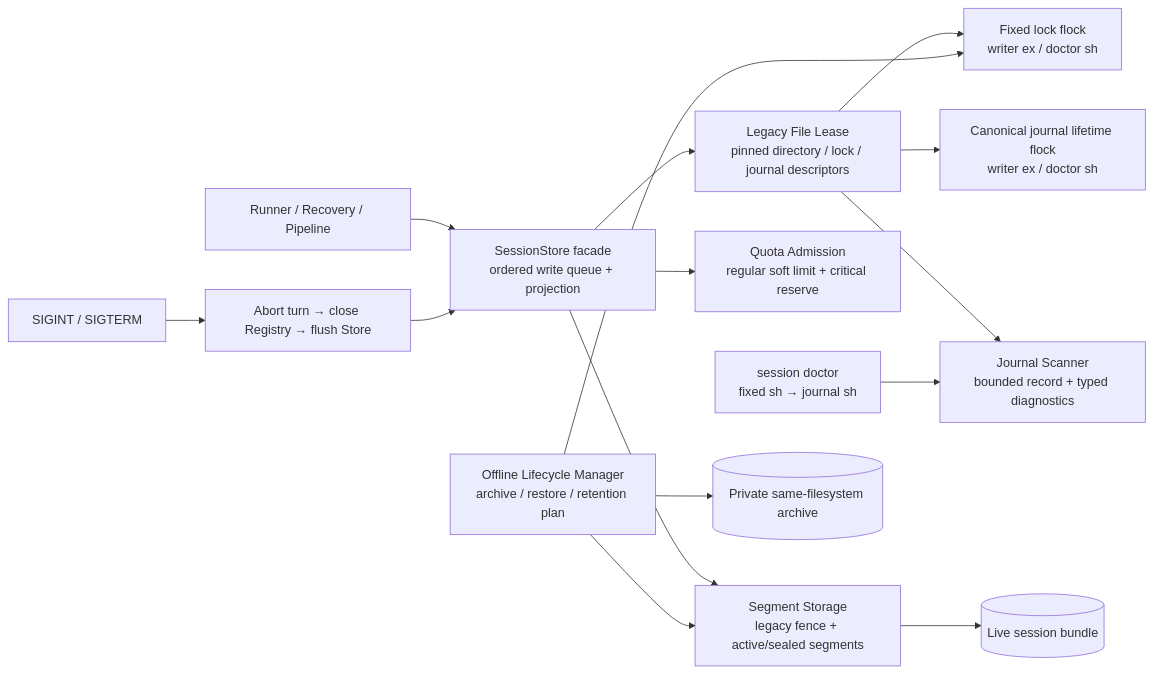
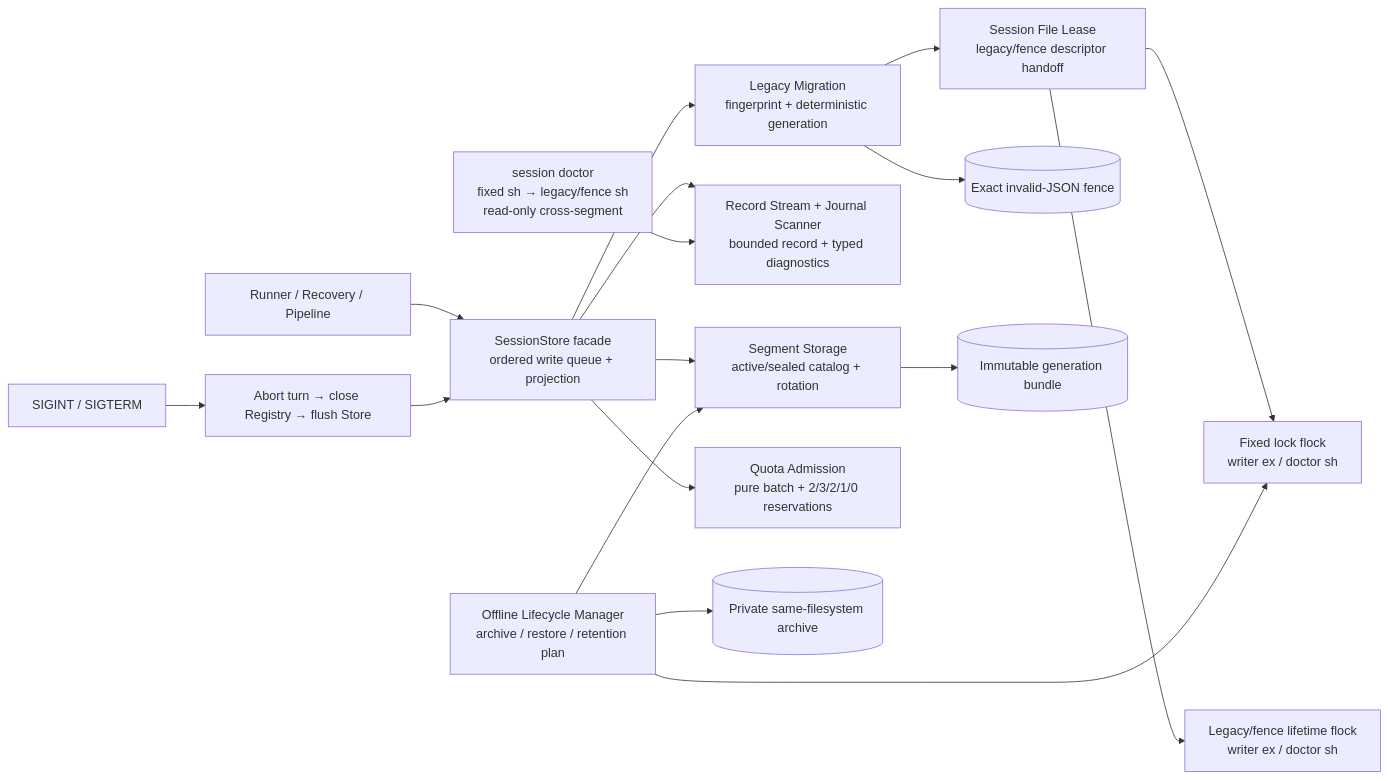
The seventh of 7 diagrams in docs/production-agent-spec.md (caosiwei97/super-agent), drawn with Mermaid before and after one commit. The commit also changed other lines of this file and 4 other files, not shown here.

````diff
--- a/docs/production-agent-spec.md
+++ b/docs/production-agent-spec.md
@@ -981,17 +981,19 @@
 ```mermaid
 flowchart LR
     Caller["Runner / Recovery / Pipeline"] --> Facade["SessionStore facade<br/>ordered write queue + projection"]
-    Facade --> Lease["Legacy File Lease<br/>pinned directory / lock / journal descriptors"]
+    Facade --> Migration["Legacy Migration<br/>fingerprint + deterministic generation"]
+    Migration --> Lease["Session File Lease<br/>legacy/fence descriptor handoff"]
     Lease --> FixedLock["Fixed lock flock<br/>writer ex / doctor sh"]
-    Lease --> JournalLock["Canonical journal lifetime flock<br/>writer ex / doctor sh"]
-    Lease --> Reader["Journal Scanner<br/>bounded record + typed diagnostics"]
-    Facade --> Segments["Segment Storage<br/>legacy fence + active/sealed segments"]
-    Facade --> Reserve["Quota Admission<br/>regular soft limit + critical reserve"]
-    Doctor["session doctor<br/>fixed sh → journal sh"] --> Reader
+    Lease --> JournalLock["Legacy/fence lifetime flock<br/>writer ex / doctor sh"]
+    Facade --> Reader["Record Stream + Journal Scanner<br/>bounded record + typed diagnostics"]
+    Facade --> Segments["Segment Storage<br/>active/sealed catalog + rotation"]
+    Facade --> Reserve["Quota Admission<br/>pure batch + 2/3/2/1/0 reservations"]
+    Doctor["session doctor<br/>fixed sh → legacy/fence sh<br/>read-only cross-segment"] --> Reader
     Lifecycle["Offline Lifecycle Manager<br/>archive / restore / retention plan"] --> FixedLock
     Lifecycle --> Segments
-    Segments --> Live[("Live session bundle")]
+    Migration --> Fence[("Exact invalid-JSON fence")]
+    Segments --> Live[("Immutable generation bundle")]
     Lifecycle --> Archive[("Private same-filesystem archive")]
     Signal["SIGINT / SIGTERM"] --> Shutdown["Abort turn → close Registry → flush Store"]
     Shutdown --> Facade
 ```
````
